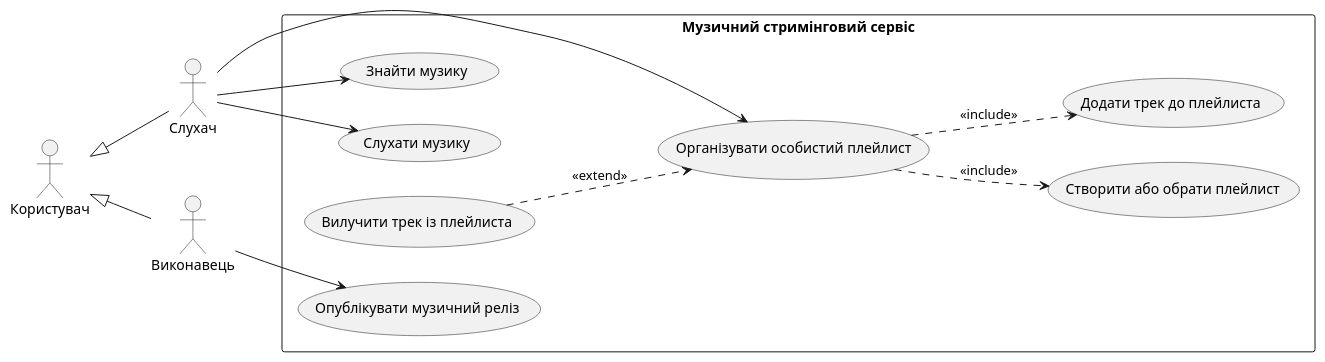
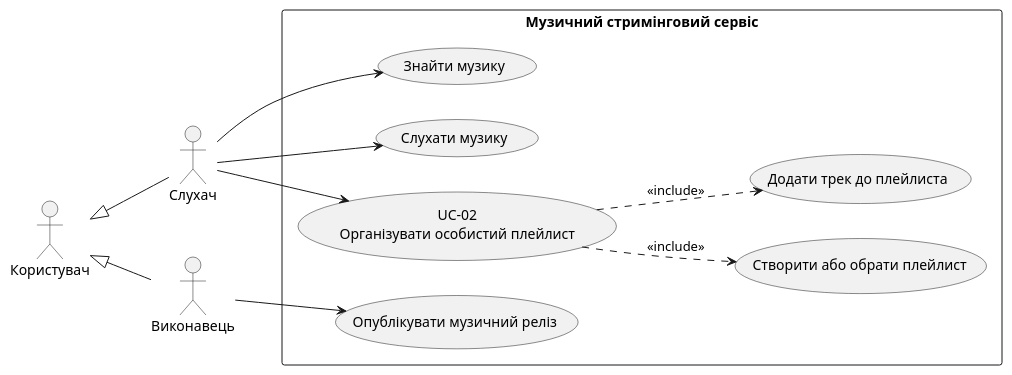
One commit to Merqn/kpilabs changed the diagram in lab2/use-case.puml. Above: the diagram before and after it, drawn with PlantUML. The commit also changed 4 other files, not shown here.

```diff
--- a/lab2/use-case.puml
+++ b/lab2/use-case.puml
@@ -2,30 +2,28 @@
 @startuml
 left to right direction
 
 actor "Користувач" as User
 actor "Слухач" as Listener
 actor "Виконавець" as Artist
 
 User <|-- Listener
 User <|-- Artist
 
 rectangle "Музичний стримінговий сервіс" {
   usecase "Знайти музику" as FindMusic
   usecase "Слухати музику" as ListenMusic
-  usecase "Організувати особистий плейлист" as ManagePlaylist
+  usecase "UC-02\nОрганізувати особистий плейлист" as ManagePlaylist
   usecase "Створити або обрати плейлист" as SelectPlaylist
   usecase "Додати трек до плейлиста" as AddTrack
-  usecase "Вилучити трек із плейлиста" as RemoveTrack
   usecase "Опублікувати музичний реліз" as PublishRelease
 }
 
 Listener --> FindMusic
 Listener --> ListenMusic
 Listener --> ManagePlaylist
 Artist --> PublishRelease
 
 ManagePlaylist ..> SelectPlaylist : <<include>>
 ManagePlaylist ..> AddTrack : <<include>>
-RemoveTrack ..> ManagePlaylist : <<extend>>
 
 @enduml
```
